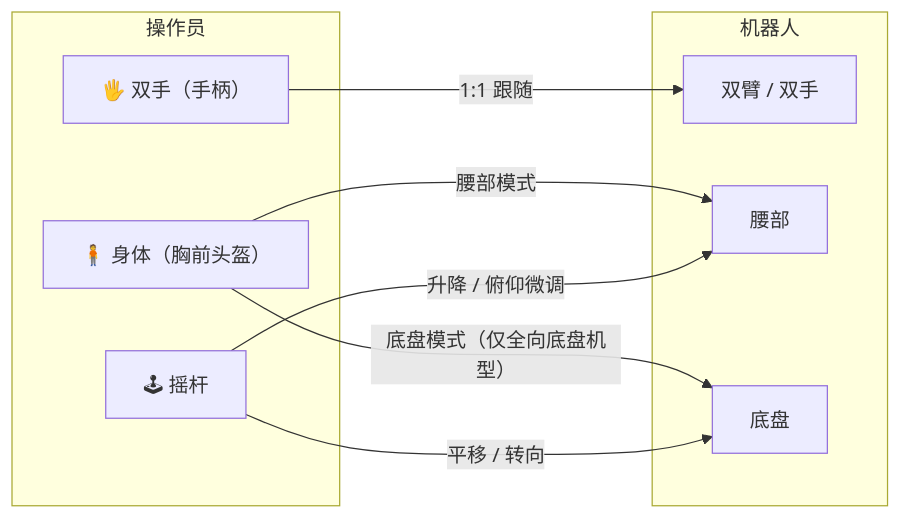
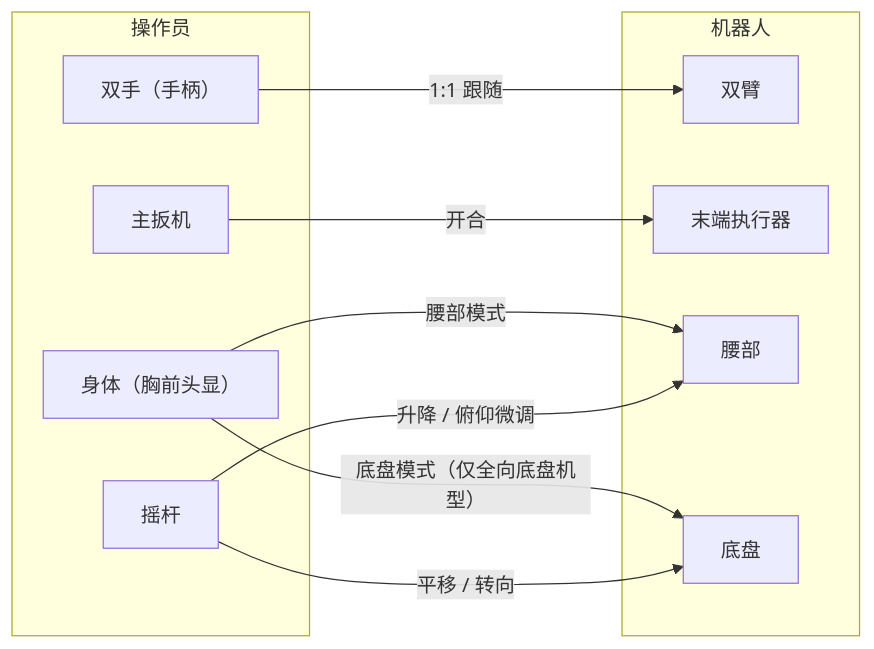
One commit to AgilexOpensource/lookie_ros changed the first of 3 diagrams in lookie_teleop/docs/vr_teleop_quickstart.zh-CN.md. Above: the diagram before and after it, drawn with Mermaid. The commit also changed other lines of this file and 11 other files, not shown here.

````diff
--- a/lookie_teleop/docs/vr_teleop_quickstart.zh-CN.md
+++ b/lookie_teleop/docs/vr_teleop_quickstart.zh-CN.md
@@ -17,18 +16,21 @@
 ```mermaid
 flowchart LR
     subgraph 操作员
-        A["🖐 双手（手柄）"]
-        B["🧍 身体（胸前头盔）"]
-        C["🕹 摇杆"]
+        A["双手（手柄）"]
+        B["身体（胸前头显）"]
+        C["摇杆"]
+        T["主扳机"]
     end
     subgraph 机器人
-        D[双臂 / 双手]
+        D[双臂]
+        G[末端执行器]
         E[腰部]
         F[底盘]
     end
     A -- 1:1 跟随 --> D
+    T -- 开合 --> G
     B -- 腰部模式 --> E
     B -- "底盘模式（仅全向底盘机型）" --> F
     C -- 平移 / 转向 --> F
     C -- 升降 / 俯仰微调 --> E
 ```
````
